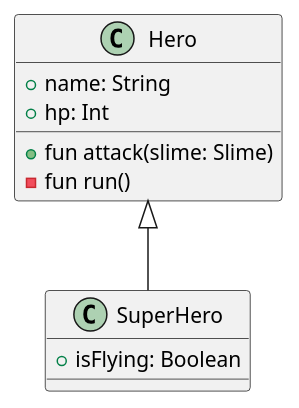
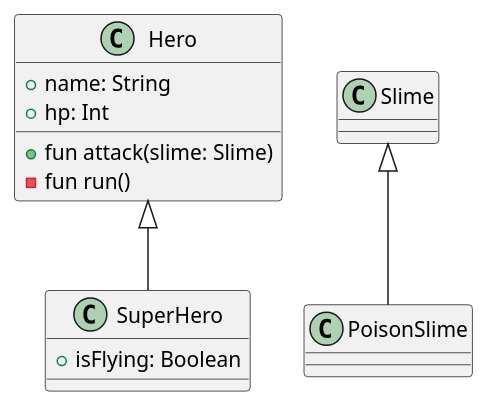
Before and after one commit to SurvivalCodingCampus/gangnam2_kotlin_study: the diagram in docs/game.puml, drawn with PlantUML. The commit also changed 2 other files, not shown here.

```diff
--- a/docs/game.puml
+++ b/docs/game.puml
@@ -1,15 +1,22 @@
 @startuml
 
 class Hero {
     + name: String
     + hp: Int
 
     + fun attack(slime: Slime)
     - fun run()
 }
 
 class SuperHero extends Hero {
     + isFlying: Boolean
 }
 
+class Slime {
+
+}
+
+class PoisonSlime extends Slime {
+}
+
 @enduml
```
